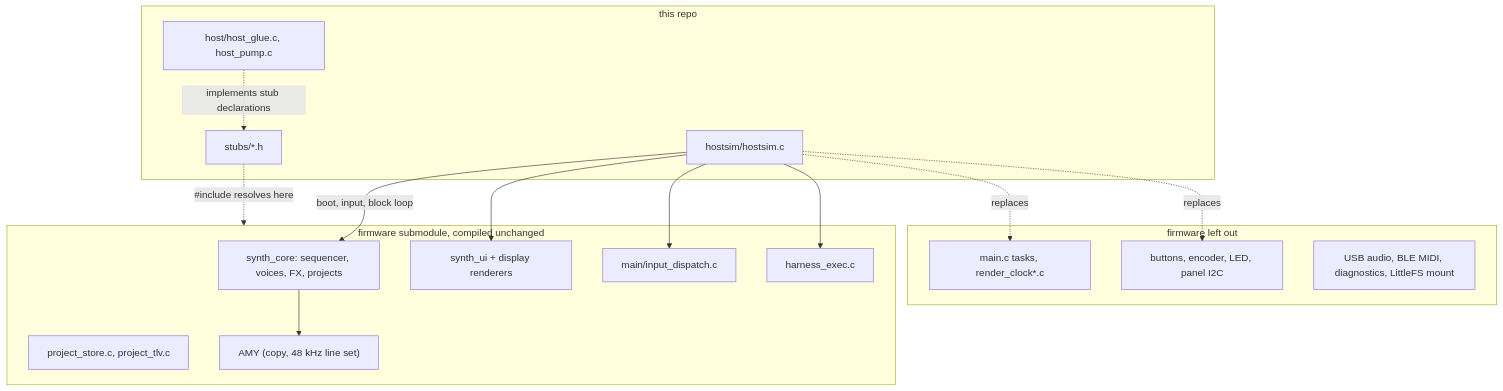
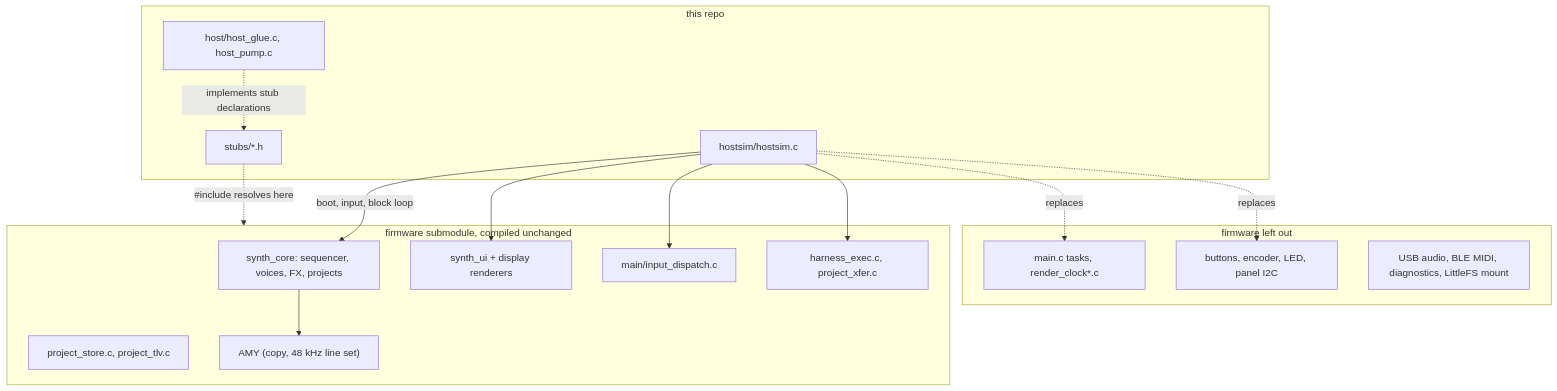
Before and after one commit to rt-rtos/amysynth-wasm: the diagram in SHIMS.md, drawn with Mermaid. The commit also changed other lines of this file and 3 other files, not shown here.

````diff
--- a/SHIMS.md
+++ b/SHIMS.md
@@ -34,30 +34,30 @@
 ```mermaid
 flowchart TB
     subgraph fw["firmware submodule, compiled unchanged"]
         engine["synth_core: sequencer, voices, FX, projects"]
         ui["synth_ui + display renderers"]
         disp["main/input_dispatch.c"]
-        harness["harness_exec.c"]
+        harness["harness_exec.c, project_xfer.c"]
         store["project_store.c, project_tlv.c"]
         amy["AMY (copy, 48 kHz line set)"]
     end
     subgraph out["firmware left out"]
         mainc["main.c tasks, render_clock*.c"]
         drivers["buttons, encoder, LED, panel I2C"]
         io["USB audio, BLE MIDI, diagnostics, LittleFS mount"]
     end
     subgraph here["this repo"]
         stubs["stubs/*.h"]
         glue["host/host_glue.c, host_pump.c"]
         hs["hostsim/hostsim.c"]
     end
     hs -->|"boot, input, block loop"| engine
     hs --> ui
     hs --> disp
     hs --> harness
     engine --> amy
     stubs -.->|"#include resolves here"| fw
     glue -.->|"implements stub declarations"| stubs
     hs -.->|"replaces"| mainc
     hs -.->|"replaces"| drivers
 ```
````
